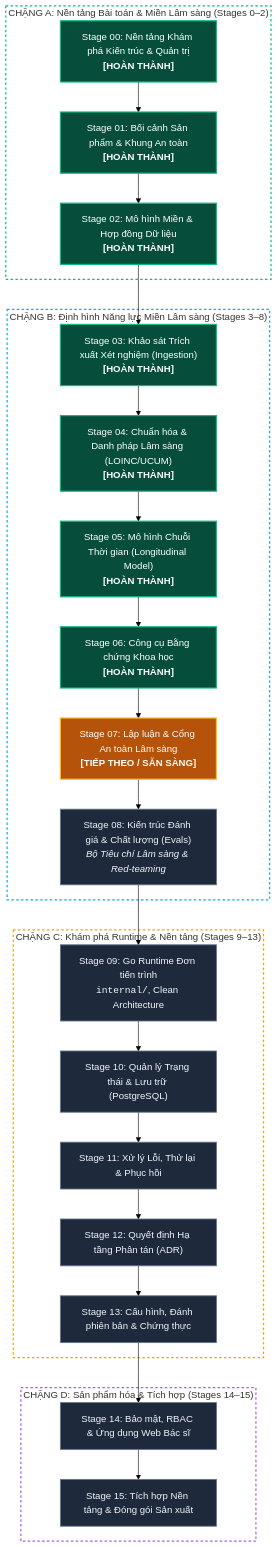
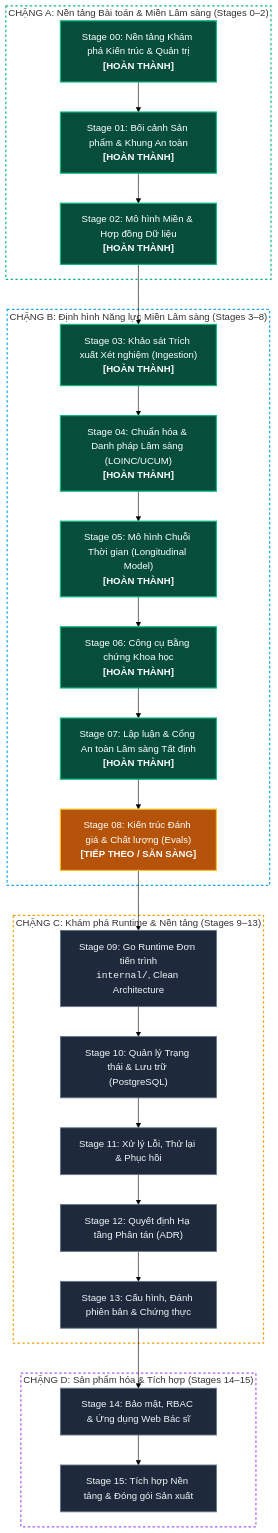
The third of 9 diagrams in README.vi.md (DuyVuux/BiolyzerAgent), drawn with Mermaid (forest theme) before and after one commit. The commit also changed other lines of this file and 27 other files, not shown here.

````diff
--- a/README.vi.md
+++ b/README.vi.md
@@ -114,38 +116,38 @@
 ```mermaid
 flowchart TD
     classDef done fill:#064e3b,stroke:#10b981,stroke-width:2px,color:#ffffff;
     classDef current fill:#b45309,stroke:#fbbf24,stroke-width:2px,color:#ffffff;
     classDef queued fill:#1e293b,stroke:#64748b,stroke-width:1.5px,color:#f1f5f9;
 
     subgraph PhaseA["CHẶNG A: Nền tảng Bài toán & Miền Lâm sàng (Stages 0–2)"]
         S0["Stage 00: Nền tảng Khám phá Kiến trúc & Quản trị<br/><b>[HOÀN THÀNH]</b>"]:::done --> S1["Stage 01: Bối cảnh Sản phẩm & Khung An toàn<br/><b>[HOÀN THÀNH]</b>"]:::done
         S1 --> S2["Stage 02: Mô hình Miền & Hợp đồng Dữ liệu<br/><b>[HOÀN THÀNH]</b>"]:::done
     end
 
     subgraph PhaseB["CHẶNG B: Định hình Năng lực Miền Lâm sàng (Stages 3–8)"]
         S2 --> S3["Stage 03: Khảo sát Trích xuất Xét nghiệm (Ingestion)<br/><b>[HOÀN THÀNH]</b>"]:::done
         S3 --> S4["Stage 04: Chuẩn hóa & Danh pháp Lâm sàng (LOINC/UCUM)<br/><b>[HOÀN THÀNH]</b>"]:::done
         S4 --> S5["Stage 05: Mô hình Chuỗi Thời gian (Longitudinal Model)<br/><b>[HOÀN THÀNH]</b>"]:::done
         S5 --> S6["Stage 06: Công cụ Bằng chứng Khoa học<br/><b>[HOÀN THÀNH]</b>"]:::done
-        S6 --> S7["Stage 07: Lập luận & Cổng An toàn Lâm sàng<br/><b>[TIẾP THEO / SẴN SÀNG]</b>"]:::current
-        S7 --> S8["Stage 08: Kiến trúc Đánh giá & Chất lượng (Evals)<br/><i>Bộ Tiêu chí Lâm sàng & Red-teaming</i>"]:::queued
+        S6 --> S7["Stage 07: Lập luận & Cổng An toàn Lâm sàng Tất định<br/><b>[HOÀN THÀNH]</b>"]:::done
+        S7 --> S8["Stage 08: Kiến trúc Đánh giá & Chất lượng (Evals)<br/><b>[TIẾP THEO / SẴN SÀNG]</b>"]:::current
     end
 
     subgraph PhaseC["CHẶNG C: Khám phá Runtime & Nền tảng (Stages 9–13)"]
         S8 --> S9["Stage 09: Go Runtime Đơn tiến trình<br/><code>internal/</code>, Clean Architecture"]:::queued
         S9 --> S10["Stage 10: Quản lý Trạng thái & Lưu trữ (PostgreSQL)"]:::queued
         S10 --> S11["Stage 11: Xử lý Lỗi, Thử lại & Phục hồi"]:::queued
         S11 --> S12["Stage 12: Quyết định Hạ tầng Phân tán (ADR)"]:::queued
         S12 --> S13["Stage 13: Cấu hình, Đánh phiên bản & Chứng thực"]:::queued
     end
 
     subgraph PhaseD["CHẶNG D: Sản phẩm hóa & Tích hợp (Stages 14–15)"]
         S13 --> S14["Stage 14: Bảo mật, RBAC & Ứng dụng Web Bác sĩ"]:::queued
         S14 --> S15["Stage 15: Tích hợp Nền tảng & Đóng gói Sản xuất"]:::queued
     end
 
     style PhaseA fill:none,stroke:#10b981,stroke-width:2px,stroke-dasharray: 4 4;
     style PhaseB fill:none,stroke:#0ea5e9,stroke-width:2px,stroke-dasharray: 4 4;
     style PhaseC fill:none,stroke:#f59e0b,stroke-width:2px,stroke-dasharray: 4 4;
     style PhaseD fill:none,stroke:#a855f7,stroke-width:2px,stroke-dasharray: 4 4;
 ```
````
